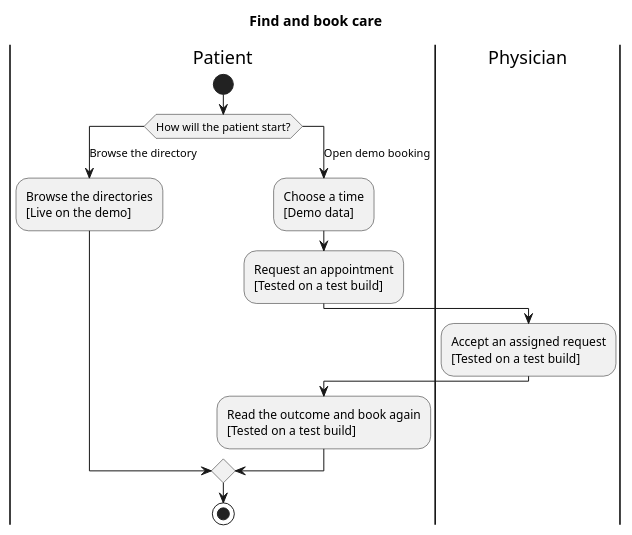
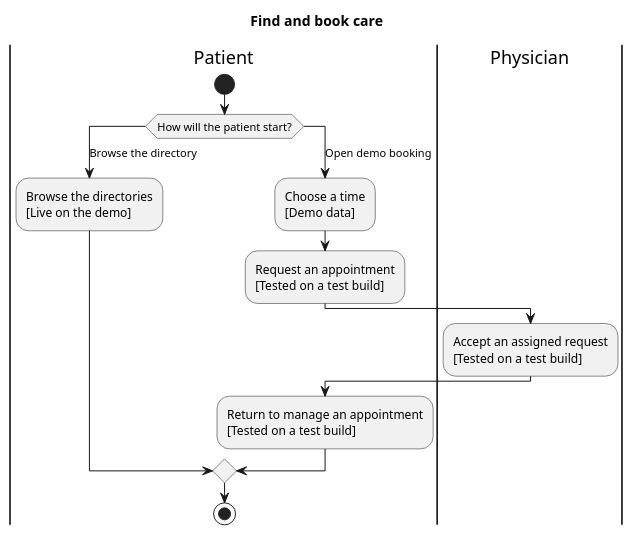
The second of 10 diagrams in medbook-full-en.puml (medbookdev/medbook-readiness), drawn with PlantUML before and after one commit. The commit also changed 16 other files, not shown here.

```diff
--- a/medbook-full-en.puml
+++ b/medbook-full-en.puml
@@ -36,21 +36,21 @@
 @startuml medbook-care
 skinparam shadowing false
 title Find and book care
 |Patient|
 start
 switch (How will the patient start?)
 case (Browse the directory)
 |Patient|
 :Browse the directories\n[Live on the demo];
 case (Open demo booking)
 |Patient|
 :Choose a time\n[Demo data];
 |Patient|
 :Request an appointment\n[Tested on a test build];
 |Physician|
 :Accept an assigned request\n[Tested on a test build];
 |Patient|
-:Read the outcome and book again\n[Tested on a test build];
+:Return to manage an appointment\n[Tested on a test build];
 endswitch
 stop
 @enduml
```
